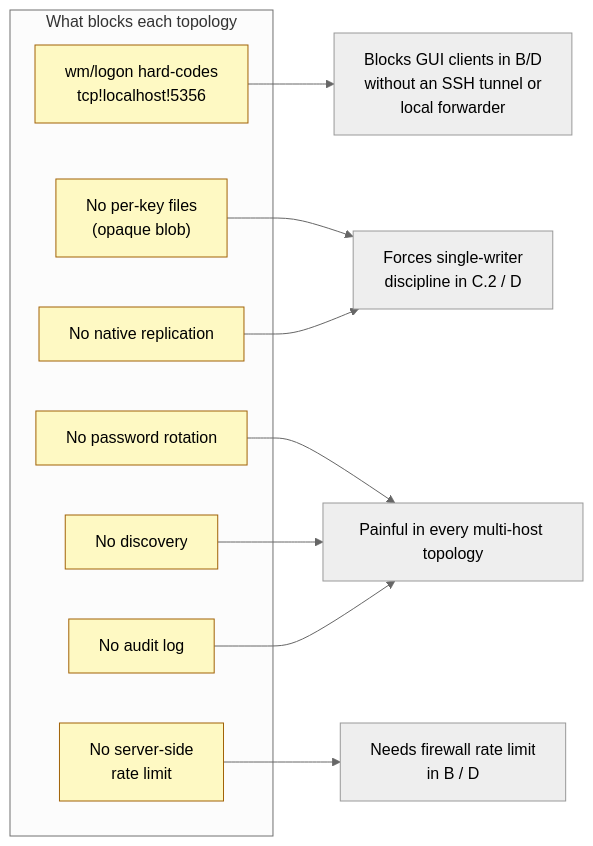
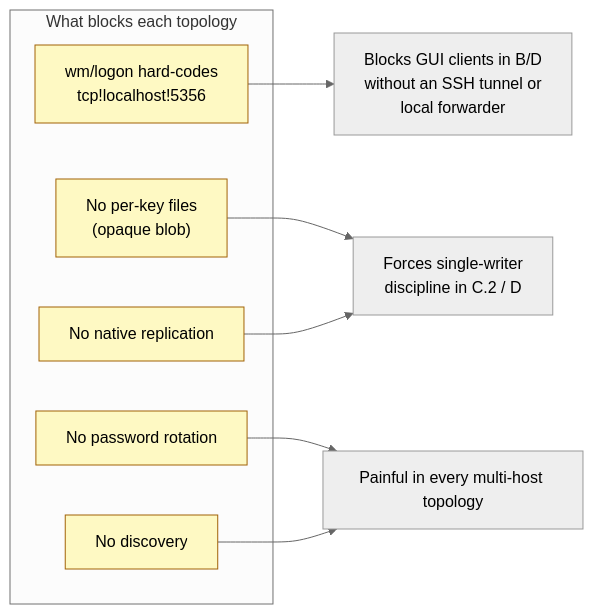
The ninth of 9 diagrams in docs/DISTRIBUTED-AUTH.md (infernode-os/infernode), drawn with Mermaid (neutral theme) before and after one commit. The commit also changed other lines of this file and 31 other files, not shown here.

````diff
--- a/docs/DISTRIBUTED-AUTH.md
+++ b/docs/DISTRIBUTED-AUTH.md
@@ -427,23 +426,19 @@
 ```mermaid
 flowchart LR
     subgraph blockers["What blocks each topology"]
         l1["wm/logon hard-codes<br/>tcp!localhost!5356"]
         l2["No per-key files<br/>(opaque blob)"]
         l3["No password rotation"]
-        l4["No server-side<br/>rate limit"]
         l5["No native replication"]
         l6["No discovery"]
-        l7["No audit log"]
     end
 
     l1 --> tB["Blocks GUI clients in B/D<br/>without an SSH tunnel or<br/>local forwarder"]
     l2 --> tCD["Forces single-writer<br/>discipline in C.2 / D"]
     l3 --> all["Painful in every multi-host topology"]
-    l4 --> tBD["Needs firewall rate limit<br/>in B / D"]
     l5 --> tCD
     l6 --> all
-    l7 --> all
 
     classDef cur fill:#fef9c3,stroke:#a16207
-    class l1,l2,l3,l4,l5,l6,l7 cur
+    class l1,l2,l3,l5,l6 cur
 ```
````
